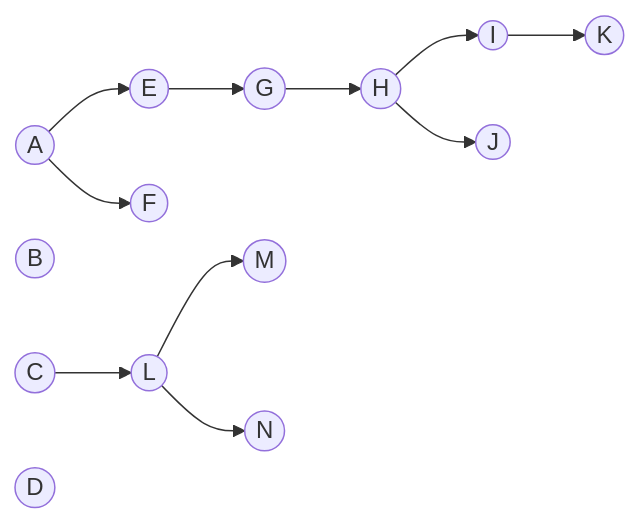
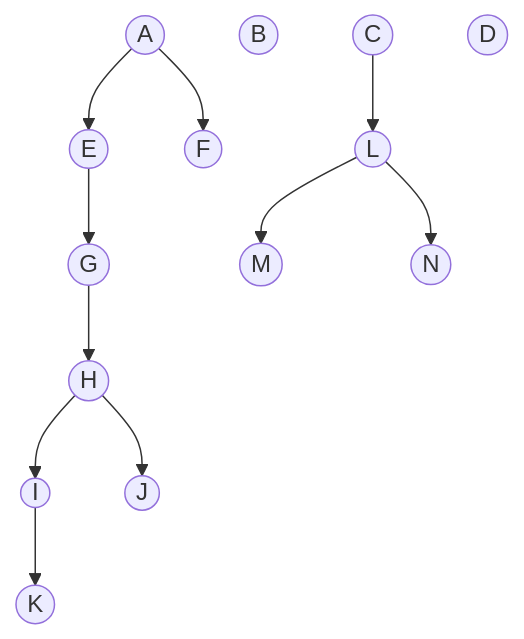
The second of 2 diagrams in docs/rfcs/0042-evaluation-for-updated-features.md (bucketeer-io/bucketeer), drawn with Mermaid before and after one commit. The commit also changed other lines of this file, not shown here.

````diff
--- a/docs/rfcs/0042-evaluation-for-updated-features.md
+++ b/docs/rfcs/0042-evaluation-for-updated-features.md
@@ -53,13 +184,13 @@
 ```mermaid
-graph LR;
+graph TD;
     id1((A)) --> id5((E)) --> id7((G)) --> id8((H)) --> id9((I)) --> id11((K))
     id1((A)) --> id6((F))
     id8((H)) --> id10((J))
     
     id2((B))
     
     id3((C)) --> id12((L)) --> id13((M))
     id12((L)) --> id14((N))
     
     id4((D))
 ```
````
